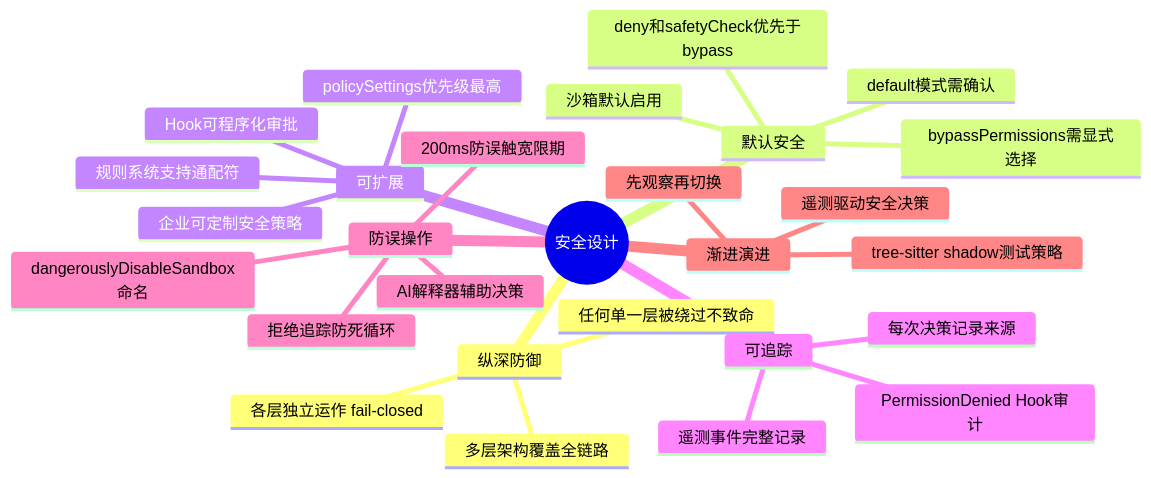
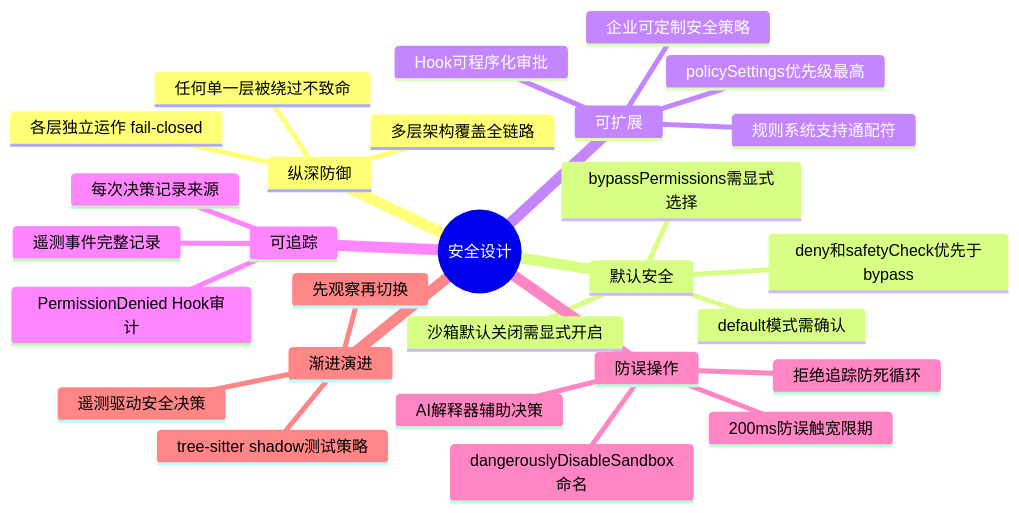
Before and after one commit to Windy3f3f3f3f/how-claude-code-works: the sixth of 6 diagrams in docs/11-permission-security.md, drawn with Mermaid. The commit also changed other lines of this file and 36 other files, not shown here.

````diff
--- a/docs/11-permission-security.md
+++ b/docs/11-permission-security.md
@@ -943,31 +946,31 @@
 ```mermaid
 mindmap
   root((安全设计))
     纵深防御
       任何单一层被绕过不致命
       各层独立运作 fail-closed
       多层架构覆盖全链路
     默认安全
       default模式需确认
       bypassPermissions需显式选择
-      沙箱默认启用
+      沙箱默认关闭需显式开启
       deny和safetyCheck优先于bypass
     可扩展
       Hook可程序化审批
       规则系统支持通配符
       企业可定制安全策略
       policySettings优先级最高
     可追踪
       每次决策记录来源
       遥测事件完整记录
       PermissionDenied Hook审计
     防误操作
       200ms防误触宽限期
       dangerouslyDisableSandbox命名
       拒绝追踪防死循环
       AI解释器辅助决策
     渐进演进
       tree-sitter shadow测试策略
       先观察再切换
       遥测驱动安全决策
 ```
````
